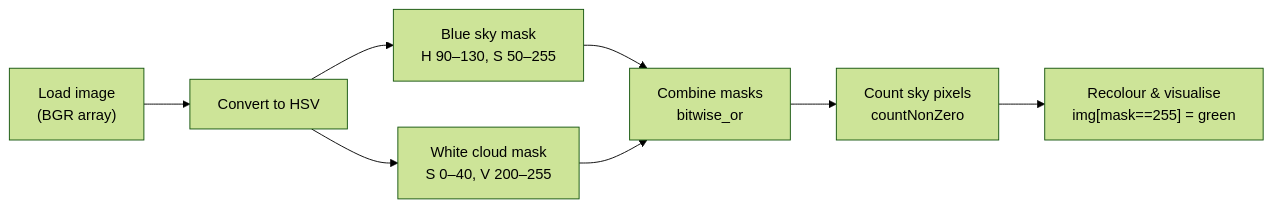
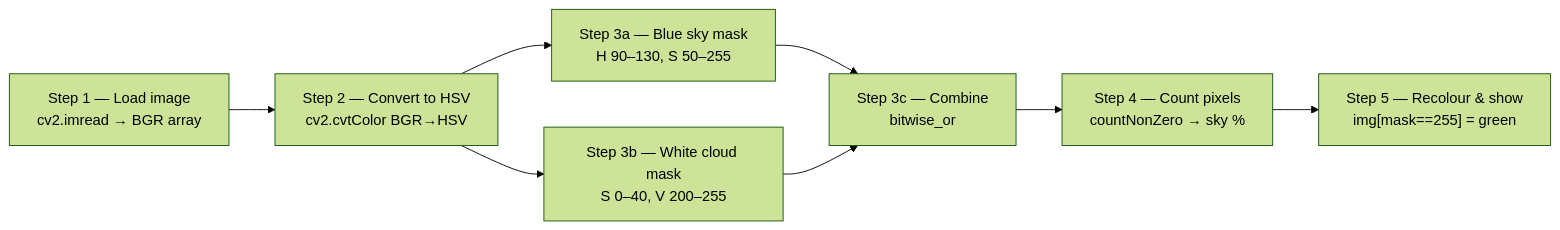
Before and after one commit to lfariabr/masters-swe-ai: the second of 2 diagrams in 2026-T1/ISY/modules/module_08_computer-vision/module08_notes.md, drawn with Mermaid (forest theme). The commit also changed other lines of this file, not shown here.

Commit message:
fix(study-isy503): align Activity 1 step table and Mermaid diagram to 5-step notebook structure (Relates #127)

````diff
--- a/2026-T1/ISY/modules/module_08_computer-vision/module08_notes.md
+++ b/2026-T1/ISY/modules/module_08_computer-vision/module08_notes.md
@@ -291,10 +291,10 @@
 ```mermaid
 flowchart LR
-    A["Load image<br/>(BGR array)"] --> B["Convert to HSV"]
-    B --> C["Blue sky mask<br/>H 90–130, S 50–255"]
-    B --> D["White cloud mask<br/>S 0–40, V 200–255"]
-    C --> E["Combine masks<br/>bitwise_or"]
+    A["Step 1 — Load image<br/>cv2.imread → BGR array"] --> B["Step 2 — Convert to HSV<br/>cv2.cvtColor BGR→HSV"]
+    B --> C["Step 3a — Blue sky mask<br/>H 90–130, S 50–255"]
+    B --> D["Step 3b — White cloud mask<br/>S 0–40, V 200–255"]
+    C --> E["Step 3c — Combine<br/>bitwise_or"]
     D --> E
-    E --> F["Count sky pixels<br/>countNonZero"]
-    F --> G["Recolour & visualise<br/>img[mask==255] = green"]
+    E --> F["Step 4 — Count pixels<br/>countNonZero → sky %"]
+    F --> G["Step 5 — Recolour & show<br/>img[mask==255] = green"]
 ```
````
